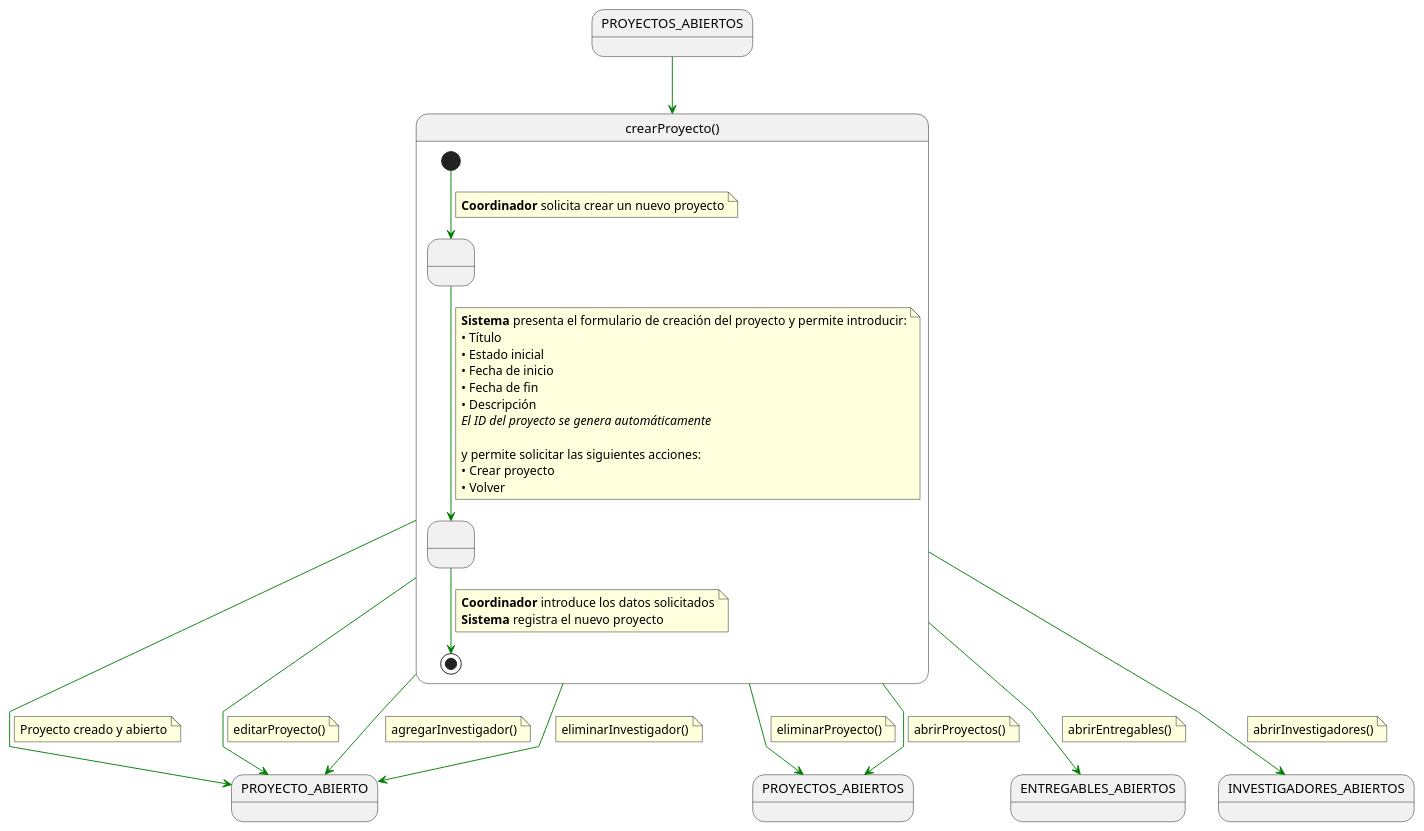
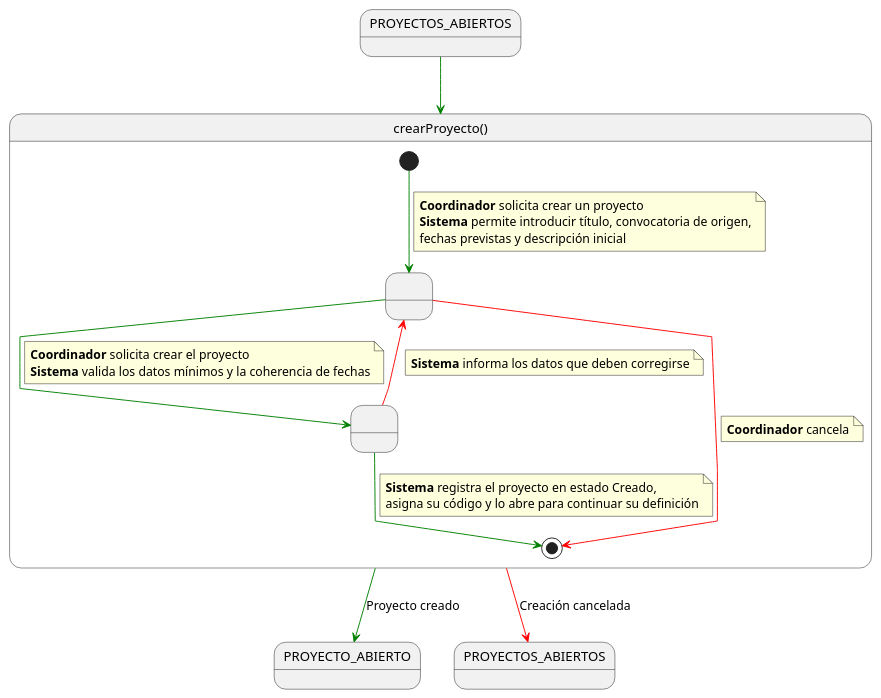
The diagram in RUP/00-casos-uso/02-detalle/coordinador/crearProyecto/especificacion.puml (beatriizorozco/25-26-idsw2-sdVC), drawn with PlantUML before and after one commit. The commit also changed 38 other files, not shown here.

First line of the commit message:
docs(proyectos): completar detalle funcional del bloque 5

```diff
--- a/RUP/00-casos-uso/02-detalle/coordinador/crearProyecto/especificacion.puml
+++ b/RUP/00-casos-uso/02-detalle/coordinador/crearProyecto/especificacion.puml
@@ -1,79 +1,44 @@
 @startuml crearProyecto
 skinparam linetype polyline
 
-state in1 as "PROYECTOS_ABIERTOS"
-in1 -[#green]-> crearProyecto
+state proyectos as "PROYECTOS_ABIERTOS"
+proyectos -[#green]-> crearProyecto
 
 state crearProyecto as "crearProyecto()" {
+    state " " as SolicitandoDatosMinimos
+    state " " as ValidandoDatos
 
-    state " " as SolicitandoDatos
-    state " " as RegistrandoProyecto
-
-    [*] -[#green]-> SolicitandoDatos
+    [*] -[#green]-> SolicitandoDatosMinimos
     note on link
-    <b>Coordinador</b> solicita crear un nuevo proyecto
+    <b>Coordinador</b> solicita crear un proyecto
+    <b>Sistema</b> permite introducir título, convocatoria de origen,
+    fechas previstas y descripción inicial
     end note
 
-    SolicitandoDatos -[#green]-> RegistrandoProyecto
+    SolicitandoDatosMinimos -[#green]-> ValidandoDatos
     note on link
-    <b>Sistema</b> presenta el formulario de creación del proyecto y permite introducir:
-    • Título
-    • Estado inicial
-    • Fecha de inicio
-    • Fecha de fin
-    • Descripción
-    <i>El ID del proyecto se genera automáticamente
-
-    y permite solicitar las siguientes acciones:
-    • Crear proyecto
-    • Volver
+    <b>Coordinador</b> solicita crear el proyecto
+    <b>Sistema</b> valida los datos mínimos y la coherencia de fechas
     end note
 
-    RegistrandoProyecto -[#green]-> [*]
+    ValidandoDatos -[#red]-> SolicitandoDatosMinimos
     note on link
-    <b>Coordinador</b> introduce los datos solicitados
-    <b>Sistema</b> registra el nuevo proyecto
+    <b>Sistema</b> informa los datos que deben corregirse
+    end note
+
+    ValidandoDatos -[#green]-> [*]
+    note on link
+    <b>Sistema</b> registra el proyecto en estado Creado,
+    asigna su código y lo abre para continuar su definición
+    end note
+
+    SolicitandoDatosMinimos -[#red]-> [*]
+    note on link
+    <b>Coordinador</b> cancela
     end note
 }
 
-crearProyecto -[#green]-> PROYECTO_ABIERTO
-note on link
-Proyecto creado y abierto
-end note
-
-crearProyecto -[#green]-> PROYECTO_ABIERTO
-note on link
-editarProyecto()
-end note
-
-crearProyecto -[#green]-> PROYECTOS_ABIERTOS
-note on link
-eliminarProyecto()
-end note
-
-crearProyecto -[#green]-> PROYECTO_ABIERTO
-note on link
-agregarInvestigador()
-end note
-
-crearProyecto -[#green]-> PROYECTO_ABIERTO
-note on link
-eliminarInvestigador()
-end note
-
-crearProyecto -[#green]-> ENTREGABLES_ABIERTOS
-note on link
-abrirEntregables()
-end note
-
-crearProyecto -[#green]-> INVESTIGADORES_ABIERTOS
-note on link
-abrirInvestigadores()
-end note
-
-crearProyecto -[#green]-> PROYECTOS_ABIERTOS
-note on link
-abrirProyectos()
-end note
+crearProyecto -[#green]-> PROYECTO_ABIERTO: Proyecto creado
+crearProyecto -[#red]-> PROYECTOS_ABIERTOS: Creación cancelada
 
 @enduml
```
